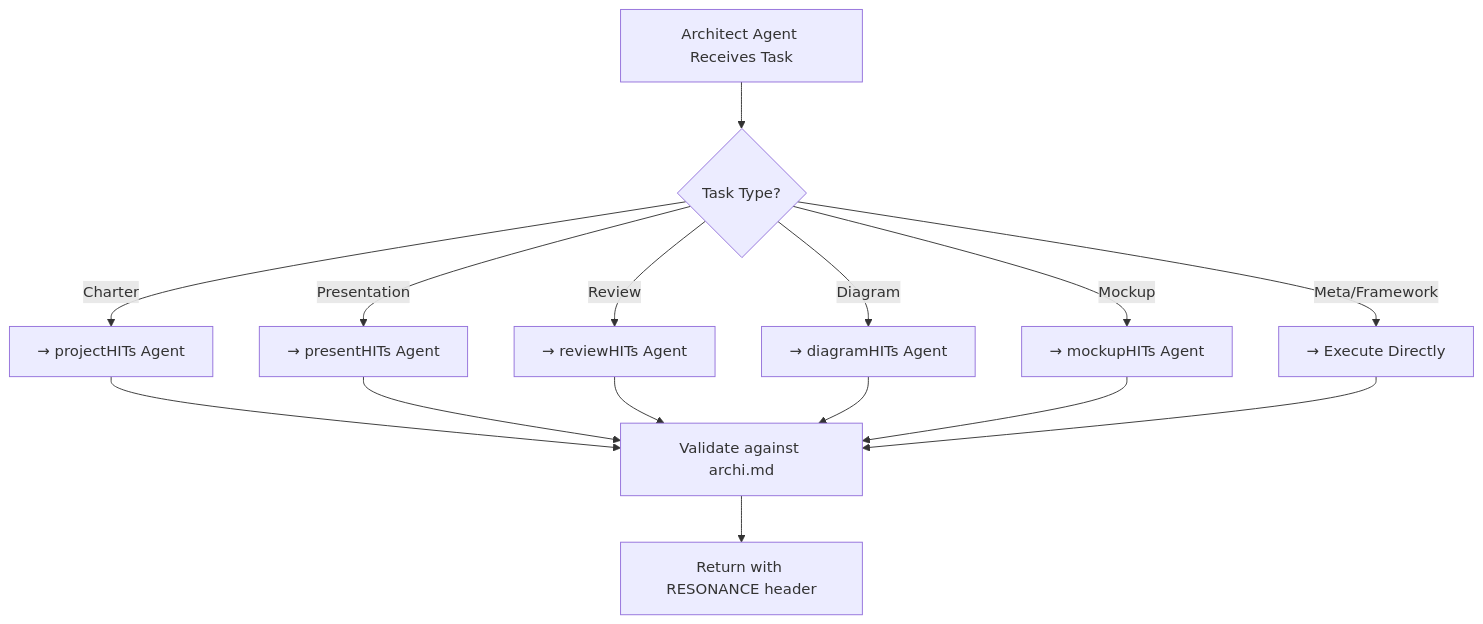
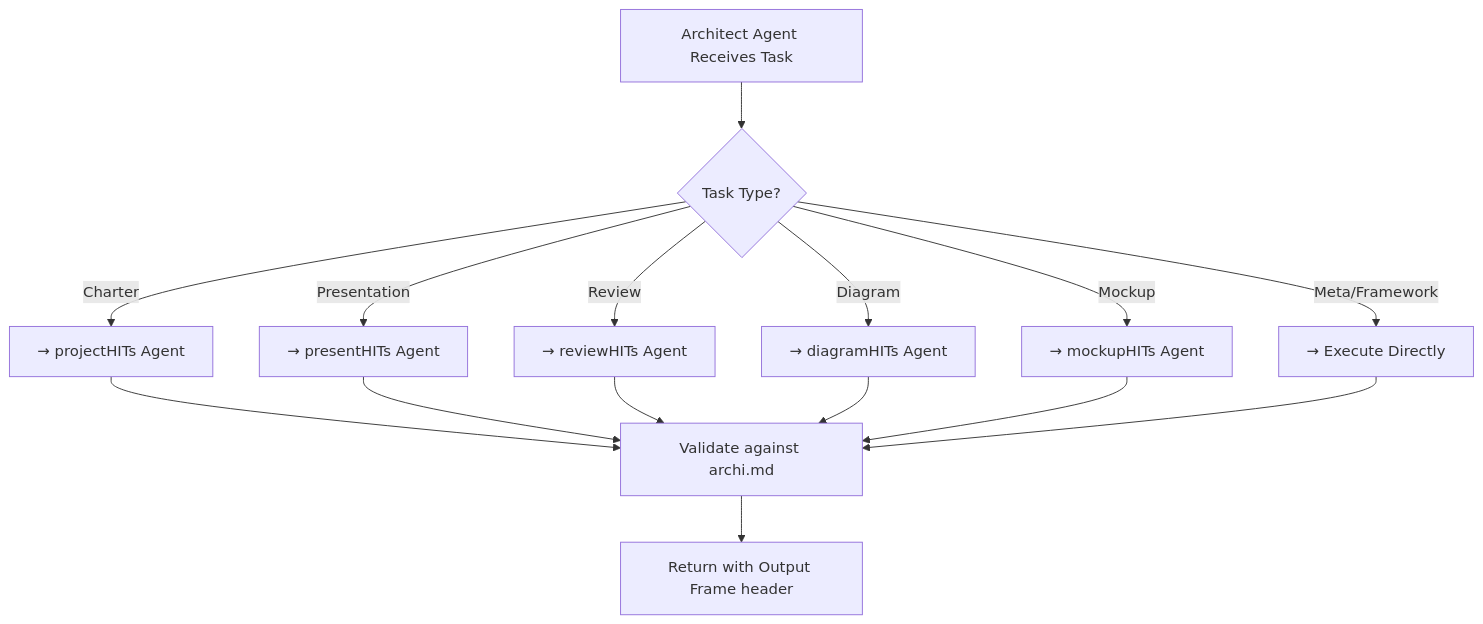
One commit to nmc-costa/dotfiles changed the diagram in .agents/skills/archi/SKILL.md. Above: the diagram before and after it, drawn with Mermaid. The commit also changed other lines of this file and 16 other files, not shown here.

First line of the commit message:
S3: fold the drifted archi/HITs header copies into OUTPUT-FRAME references

````diff
--- a/.agents/skills/archi/SKILL.md
+++ b/.agents/skills/archi/SKILL.md
@@ -63,17 +63,17 @@
 ```mermaid
 graph TD
     A["Architect Agent Receives Task"] --> B{Task Type?}
     B -->|Charter| C["→ projectHITs Agent"]
     B -->|Presentation| D["→ presentHITs Agent"]
     B -->|Review| E["→ reviewHITs Agent"]
     B -->|Diagram| F["→ diagramHITs Agent"]
     B -->|Mockup| G["→ mockupHITs Agent"]
     B -->|Meta/Framework| H["→ Execute Directly"]
     C --> I["Validate against archi.md"]
     D --> I
     E --> I
     F --> I
     G --> I
     H --> I
-    I --> J["Return with RESONANCE header"]
+    I --> J["Return with Output Frame header"]
 ```
````
